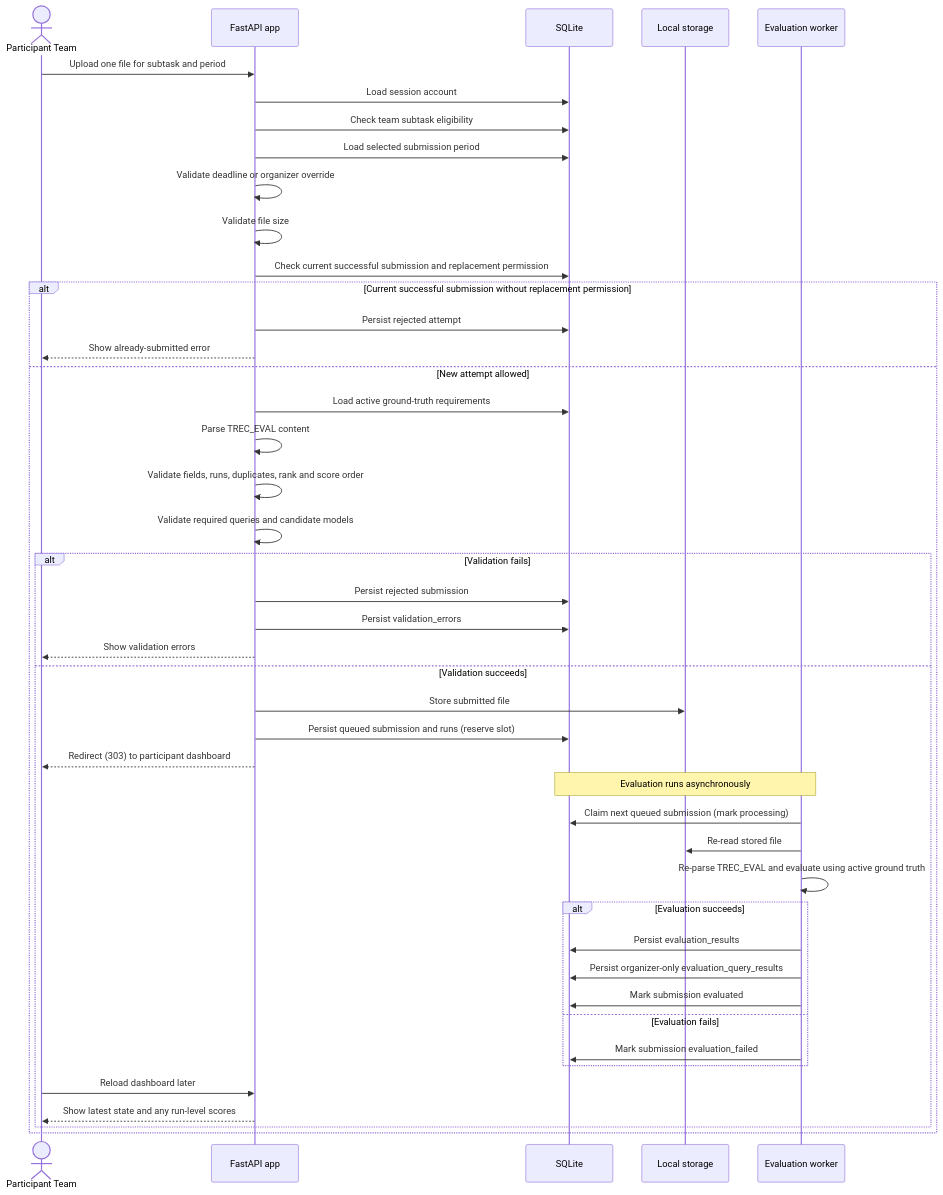
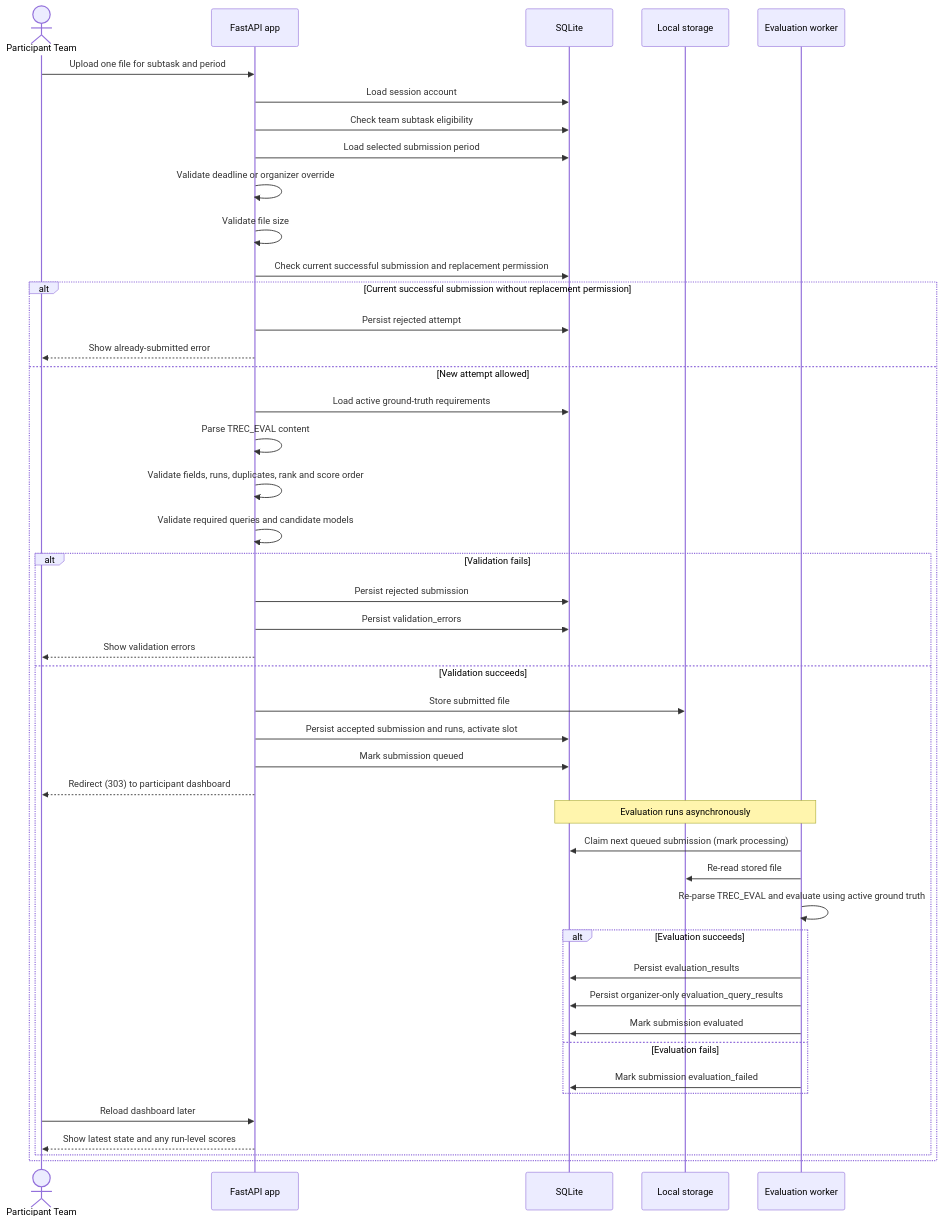
One commit to modelretrieval-1/modelretrieval-1-submission-site changed the diagram in docs/technical/submission-spec.md. Above: the diagram before and after it, drawn with Mermaid. The commit also changed other lines of this file and 10 other files, not shown here.

First line of the commit message:
docs: record 2026-10-14 upload incident and new status flow

````diff
--- a/docs/technical/submission-spec.md
+++ b/docs/technical/submission-spec.md
@@ -23,51 +23,52 @@
 ```mermaid
 sequenceDiagram
   actor Team as Participant Team
   participant App as FastAPI app
   participant DB as SQLite
   participant Storage as Local storage
   participant Worker as Evaluation worker
 
   Team->>App: Upload one file for subtask and period
   App->>DB: Load session account
   App->>DB: Check team subtask eligibility
   App->>DB: Load selected submission period
   App->>App: Validate deadline or organizer override
   App->>App: Validate file size
   App->>DB: Check current successful submission and replacement permission
 
   alt Current successful submission without replacement permission
     App->>DB: Persist rejected attempt
     App-->>Team: Show already-submitted error
   else New attempt allowed
     App->>DB: Load active ground-truth requirements
     App->>App: Parse TREC_EVAL content
     App->>App: Validate fields, runs, duplicates, rank and score order
     App->>App: Validate required queries and candidate models
 
     alt Validation fails
       App->>DB: Persist rejected submission
       App->>DB: Persist validation_errors
       App-->>Team: Show validation errors
     else Validation succeeds
       App->>Storage: Store submitted file
-      App->>DB: Persist queued submission and runs (reserve slot)
+      App->>DB: Persist accepted submission and runs, activate slot
+      App->>DB: Mark submission queued
       App-->>Team: Redirect (303) to participant dashboard
 
       Note over Worker,DB: Evaluation runs asynchronously
       Worker->>DB: Claim next queued submission (mark processing)
       Worker->>Storage: Re-read stored file
       Worker->>Worker: Re-parse TREC_EVAL and evaluate using active ground truth
 
       alt Evaluation succeeds
         Worker->>DB: Persist evaluation_results
         Worker->>DB: Persist organizer-only evaluation_query_results
         Worker->>DB: Mark submission evaluated
       else Evaluation fails
         Worker->>DB: Mark submission evaluation_failed
       end
       Team->>App: Reload dashboard later
       App-->>Team: Show latest state and any run-level scores
     end
   end
 ```
````
